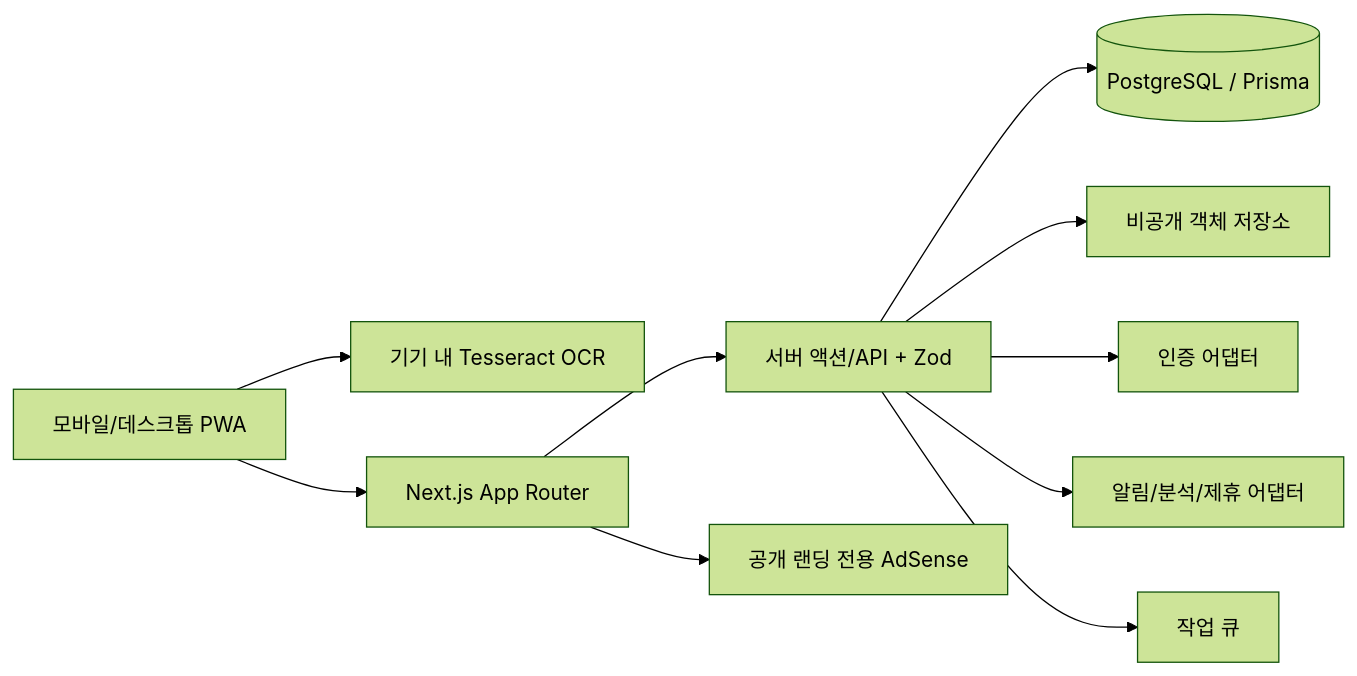
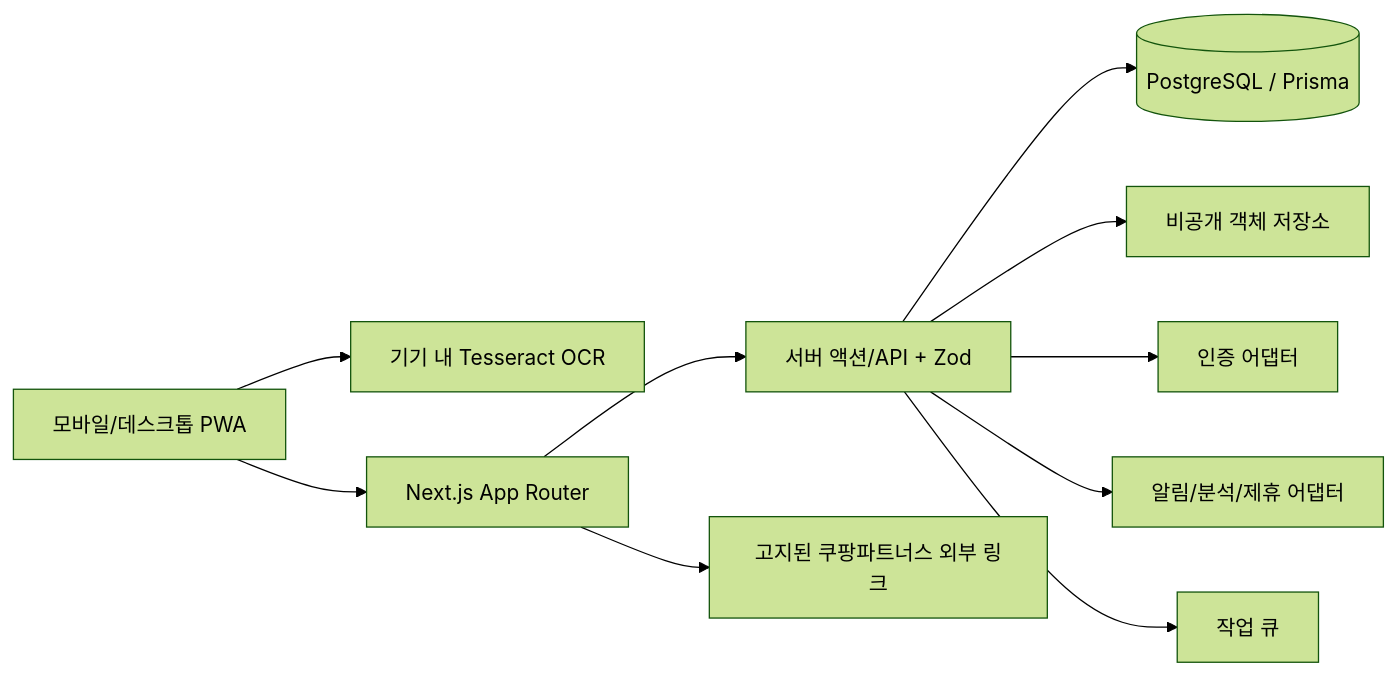
Before and after one commit to jsh0529-beep/bohoja: the diagram in docs/ARCHITECTURE.md, drawn with Mermaid (forest theme). The commit also changed other lines of this file and 4 other files, not shown here.

````diff
--- a/docs/ARCHITECTURE.md
+++ b/docs/ARCHITECTURE.md
@@ -5,12 +5,12 @@
 ```mermaid
 flowchart LR
   U["모바일/데스크톱 PWA"] --> O["기기 내 Tesseract OCR"]
   U --> N["Next.js App Router"]
   N --> A["서버 액션/API + Zod"]
   A --> P[("PostgreSQL / Prisma")]
   A --> S["비공개 객체 저장소"]
   A --> G["인증 어댑터"]
   A --> M["알림/분석/제휴 어댑터"]
   A --> Q["작업 큐"]
-  N --> D["공개 랜딩 전용 AdSense"]
+  N --> D["고지된 쿠팡파트너스 외부 링크"]
 ```
````
